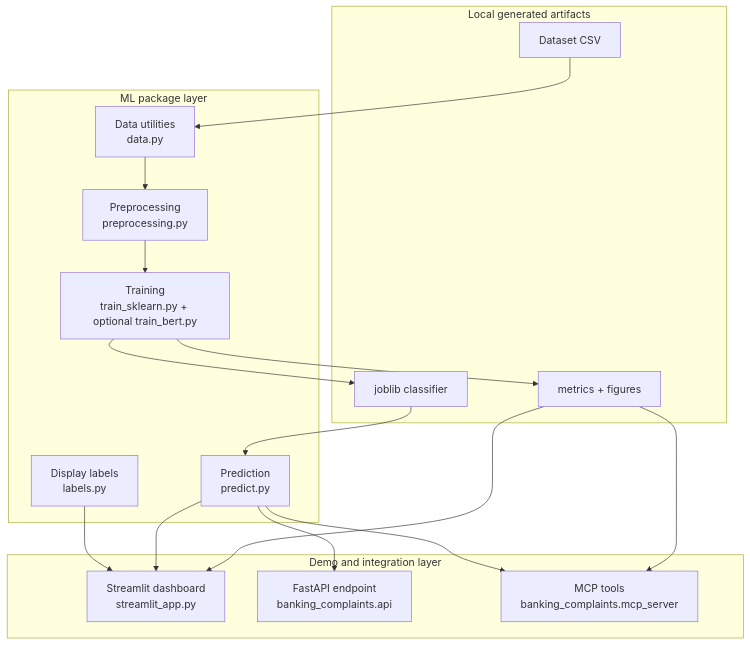
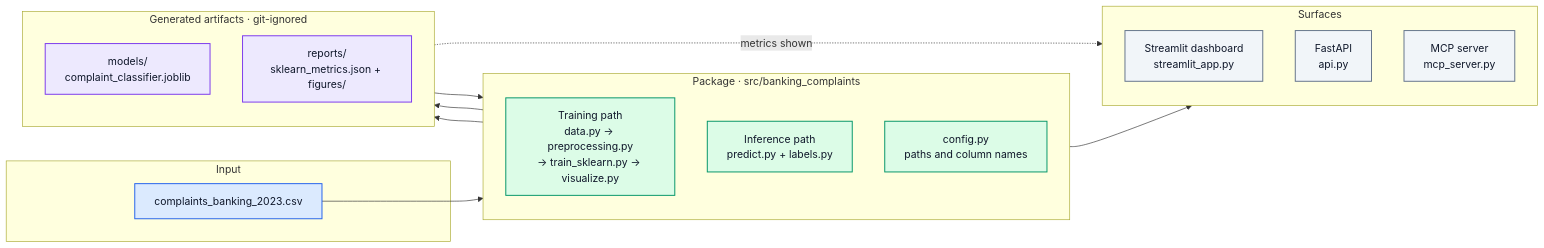
Before and after one commit to andres-linero/Banking-Complaints-NLP-Classifier: the third of 3 diagrams in README.md, drawn with Mermaid. The commit also changed other lines of this file and 6 other files, not shown here.

First line of the commit message:
Redesign README diagrams and remove orphan code

````diff
--- a/README.md
+++ b/README.md
@@ -38,32 +136,43 @@
 ```mermaid
-flowchart TB
-    subgraph ui["Demo and integration layer"]
-        streamlit["Streamlit dashboard<br/>streamlit_app.py"]
-        fastapi["FastAPI endpoint<br/>banking_complaints.api"]
-        mcp["MCP tools<br/>banking_complaints.mcp_server"]
+flowchart LR
+    classDef data fill:#dbeafe,stroke:#2563eb,stroke-width:1.5px,color:#0f172a
+    classDef pkg fill:#dcfce7,stroke:#059669,stroke-width:1.5px,color:#0f172a
+    classDef out fill:#ede9fe,stroke:#7c3aed,stroke-width:1.5px,color:#0f172a
+    classDef serve fill:#f1f5f9,stroke:#64748b,stroke-width:1.5px,color:#0f172a
+
+    subgraph inputs["Input"]
+        csv["complaints_banking_2023.csv"]
     end
 
-    subgraph ml["ML package layer"]
-        data["Data utilities<br/>data.py"]
-        prep["Preprocessing<br/>preprocessing.py"]
-        train["Training<br/>train_sklearn.py + optional train_bert.py"]
-        predict["Prediction<br/>predict.py"]
-        labels_map["Display labels<br/>labels.py"]
+    subgraph pkg["Package · src/banking_complaints"]
+        direction TB
+        training["Training path<br/>data.py → preprocessing.py<br/>→ train_sklearn.py → visualize.py"]
+        inference["Inference path<br/>predict.py + labels.py"]
+        config["config.py<br/>paths and column names"]
     end
 
-    subgraph artifacts["Local generated artifacts"]
-        dataset["Dataset CSV"]
-        classifier["joblib classifier"]
-        report["metrics + figures"]
+    subgraph artifacts["Generated artifacts · git-ignored"]
+        direction TB
+        model["models/<br/>complaint_classifier.joblib"]
+        report["reports/<br/>sklearn_metrics.json + figures/"]
     end
 
-    dataset --> data --> prep --> train --> classifier
-    train --> report
-    classifier --> predict
-    labels_map --> streamlit
-    predict --> streamlit
-    predict --> fastapi
-    predict --> mcp
-    report --> streamlit
-    report --> mcp
+    subgraph surfaces["Surfaces"]
+        direction TB
+        st["Streamlit dashboard<br/>streamlit_app.py"]
+        api["FastAPI<br/>api.py"]
+        mcp["MCP server<br/>mcp_server.py"]
+    end
+
+    csv --> training
+    training --> model
+    training --> report
+    model --> inference
+    inference --> surfaces
+    report -.->|metrics shown| surfaces
+
+    class csv data
+    class training,inference,config pkg
+    class model,report out
+    class st,api,mcp serve
 ```
````
